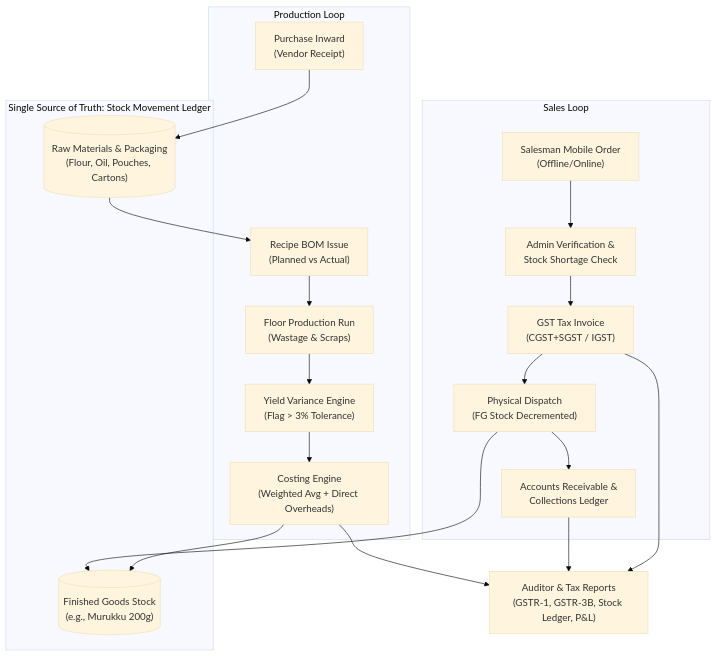
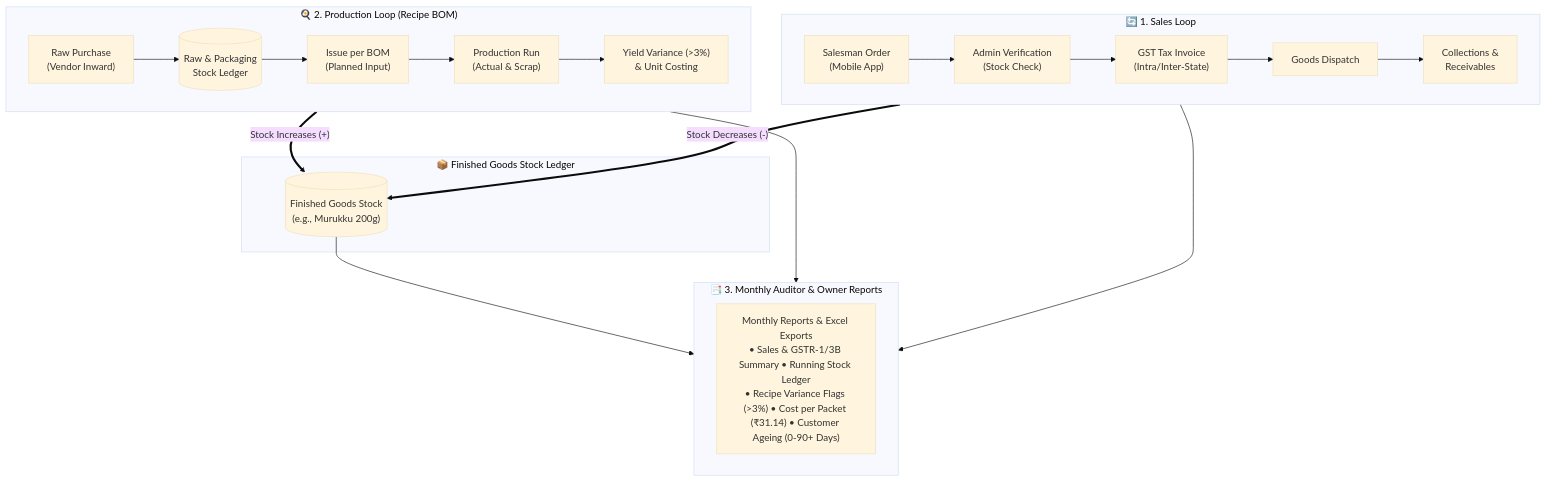
One commit to shreedharkb/order-to-audit changed the first of 2 diagrams in DESIGN.md. Above: the diagram before and after it, drawn with Mermaid (base theme). The commit also changed 1 other file, not shown here.

Commit message:
docs: simplify architecture to a single clean, readable 2-loop Mermaid diagram

````diff
--- a/DESIGN.md
+++ b/DESIGN.md
@@ -13,28 +13,33 @@
 ```mermaid
 flowchart TD
-    subgraph SALES_LOOP["Sales Loop"]
-        SO["Salesman Mobile Order\n(Offline/Online)"] --> AV["Admin Verification &\nStock Shortage Check"]
-        AV --> GI["GST Tax Invoice\n(CGST+SGST / IGST)"]
-        GI --> DP["Physical Dispatch\n(FG Stock Decremented)"]
-        DP --> REC["Accounts Receivable &\nCollections Ledger"]
+    subgraph SALES["🔄 1. Sales Loop"]
+        direction LR
+        SO["Salesman Order\n(Mobile App)"] --> AV["Admin Verification\n(Stock Check)"]
+        AV --> GI["GST Tax Invoice\n(Intra/Inter-State)"]
+        GI --> DISP["Goods Dispatch"]
+        DISP --> REC["Collections &\nReceivables"]
     end
 
-    subgraph INVENTORY_JUNCTION["Single Source of Truth: Stock Movement Ledger"]
-        FGS[("Finished Goods Stock\n(e.g., Murukku 200g)")]
-        RMS[("Raw Materials & Packaging\n(Flour, Oil, Pouches, Cartons)")]
+    subgraph PROD["🍳 2. Production Loop (Recipe BOM)"]
+        direction LR
+        PO["Raw Purchase\n(Vendor Inward)"] --> RMS[("Raw & Packaging\nStock Ledger")]
+        RMS --> BOM["Issue per BOM\n(Planned Input)"]
+        BOM --> RUN["Production Run\n(Actual & Scrap)"]
+        RUN --> VAR["Yield Variance (>3%)\n& Unit Costing"]
     end
 
-    subgraph PRODUCTION_LOOP["Production Loop"]
-        PO["Purchase Inward\n(Vendor Receipt)"] --> RMS
-        RMS --> BOM_ISSUE["Recipe BOM Issue\n(Planned vs Actual)"]
-        BOM_ISSUE --> PROD_RUN["Floor Production Run\n(Wastage & Scraps)"]
-        PROD_RUN --> YIELD_CHECK["Yield Variance Engine\n(Flag > 3% Tolerance)"]
-        YIELD_CHECK --> COST_ENG["Costing Engine\n(Weighted Avg + Direct Overheads)"]
-        COST_ENG --> FGS
+    subgraph JUNCTION["📦 Finished Goods Stock Ledger"]
+        FGS[("Finished Goods Stock\n(e.g., Murukku 200g)")]
     end
 
-    DP --> FGS
-    GI --> AUDIT_REPORT["Auditor & Tax Reports\n(GSTR-1, GSTR-3B, Stock Ledger, P&L)"]
-    REC --> AUDIT_REPORT
-    COST_ENG --> AUDIT_REPORT
+    subgraph AUDIT["📑 3. Monthly Auditor & Owner Reports"]
+        REP["Monthly Reports & Excel Exports\n• Sales & GSTR-1/3B Summary • Running Stock Ledger\n• Recipe Variance Flags (>3%) • Cost per Packet (₹31.14) • Customer Ageing (0-90+ Days)"]
+    end
+
+    DISP ==>|"Stock Decreases (-)"| FGS
+    VAR ==>|"Stock Increases (+)"| FGS
+
+    FGS --> AUDIT
+    REC --> AUDIT
+    VAR --> AUDIT
 ```
````
